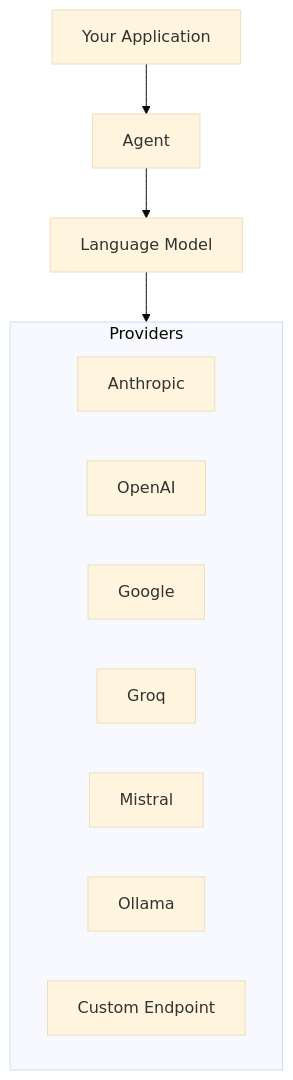
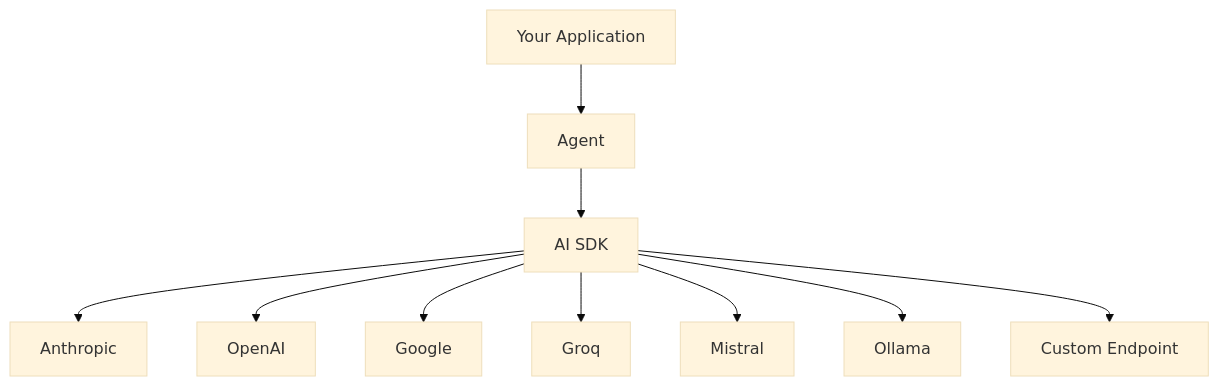
One commit to a7ul/vibes changed the diagram in packages/framework/docs/concepts/models.mdx. Above: the diagram before and after it, drawn with Mermaid (base theme). The commit also changed other lines of this file, not shown here.

````diff
--- a/packages/framework/docs/concepts/models.mdx
+++ b/packages/framework/docs/concepts/models.mdx
@@ -12,17 +12,12 @@
 ```mermaid
 flowchart TD
     A[Your Application] --> B[Agent]
-    B --> C[Language Model]
-    C --> Providers
-
-    subgraph Providers[Providers]
-        direction LR
-        D[Anthropic]
-        E[OpenAI]
-        F[Google]
-        G[Groq]
-        H[Mistral]
-        I[Ollama]
-        J[Custom Endpoint]
-    end
+    B --> C[AI SDK]
+    C --> D[Anthropic]
+    C --> E[OpenAI]
+    C --> F[Google]
+    C --> G[Groq]
+    C --> H[Mistral]
+    C --> I[Ollama]
+    C --> J[Custom Endpoint]
 ```
````
